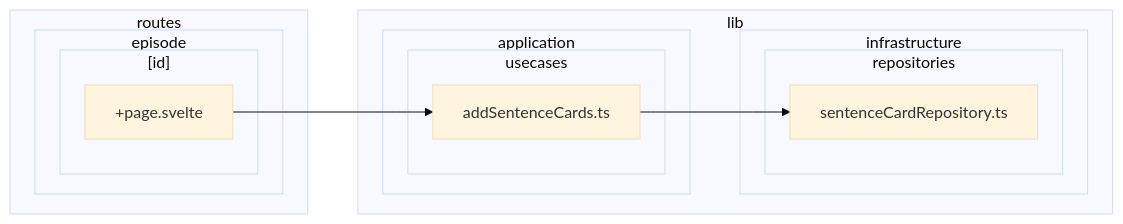
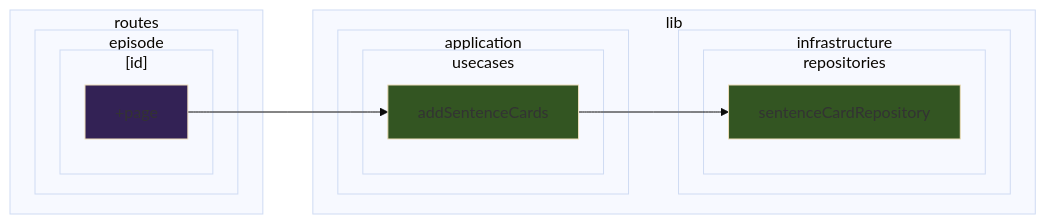
One commit to k5n/kotonoha changed the eighth of 39 diagrams in doc/dependency-graph.md. Above: the diagram before and after it, drawn with Mermaid (base theme). The commit also changed other lines of this file, not shown here.

````diff
--- a/doc/dependency-graph.md
+++ b/doc/dependency-graph.md
@@ -342,24 +460,30 @@
 ```mermaid
 graph LR
+    classDef cssSvelteComponent fill:#325;
+    classDef cssSvelteScript fill:#535;
+    classDef cssTypeScript fill:#352;
         subgraph sg_lib ["lib"]
             subgraph sg_lib_application ["application"]
                 subgraph sg_lib_application_usecases ["usecases"]
-                    src_lib_application_usecases_addSentenceCards_ts["addSentenceCards.ts"]
+                    src_lib_application_usecases_addSentenceCards_ts["addSentenceCards"]
                 end
             end
             subgraph sg_lib_infrastructure ["infrastructure"]
                 subgraph sg_lib_infrastructure_repositories ["repositories"]
-                    src_lib_infrastructure_repositories_sentenceCardRepository_ts["sentenceCardRepository.ts"]
+                    src_lib_infrastructure_repositories_sentenceCardRepository_ts["sentenceCardRepository"]
                 end
             end
         end
         subgraph sg_routes ["routes"]
             subgraph sg_routes_episode ["episode"]
                 subgraph sg_routes_episode__id_ ["[id]"]
-                    src_routes_episode__id___page_svelte["+page.svelte"]
+                    src_routes_episode__id___page_svelte["+page"]
                 end
             end
         end
     src_lib_application_usecases_addSentenceCards_ts --> src_lib_infrastructure_repositories_sentenceCardRepository_ts
     src_routes_episode__id___page_svelte --> src_lib_application_usecases_addSentenceCards_ts
+    class src_lib_application_usecases_addSentenceCards_ts cssTypeScript
+    class src_lib_infrastructure_repositories_sentenceCardRepository_ts cssTypeScript
+    class src_routes_episode__id___page_svelte cssSvelteComponent
 ```
````
